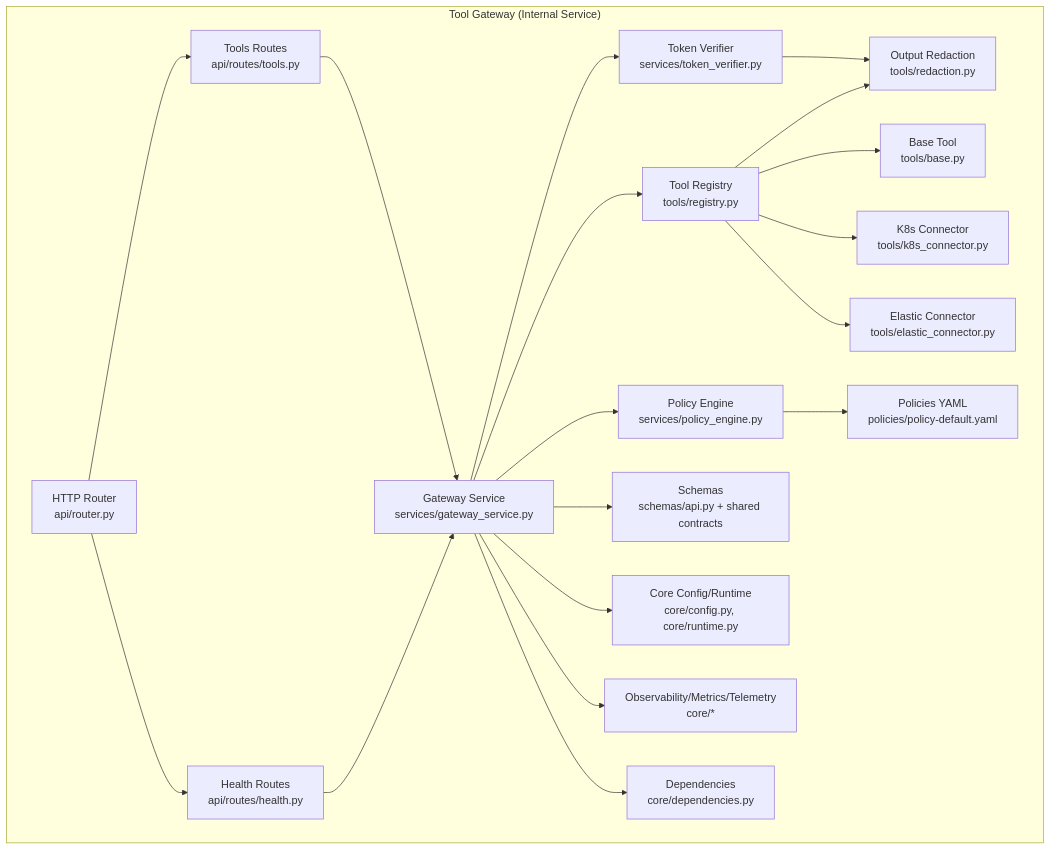
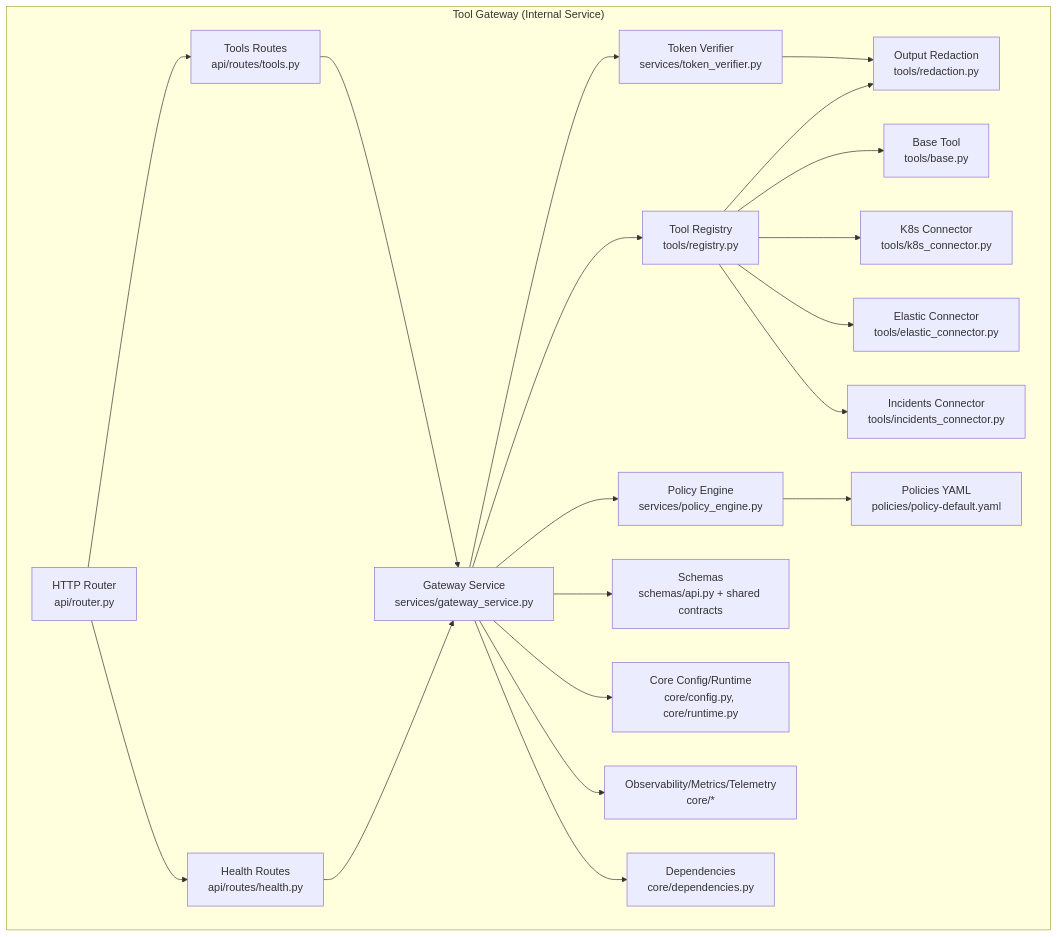
One commit to metasync/luban-aiops changed the first of 12 diagrams in .qoder/repowiki/en/content/Tool Gateway Service/Tool Gateway Service.md. Above: the diagram before and after it, drawn with Mermaid. The commit also changed other lines of this file and 6 other files, not shown here.

````diff
--- a/.qoder/repowiki/en/content/Tool Gateway Service/Tool Gateway Service.md
+++ b/.qoder/repowiki/en/content/Tool Gateway Service/Tool Gateway Service.md
@@ -81,38 +85,40 @@
 ```mermaid
 graph TB
 subgraph "Tool Gateway (Internal Service)"
 A["HTTP Router<br/>api/router.py"]
 B["Tools Routes<br/>api/routes/tools.py"]
 C["Health Routes<br/>api/routes/health.py"]
 D["Gateway Service<br/>services/gateway_service.py"]
 E["Policy Engine<br/>services/policy_engine.py"]
 F["Token Verifier<br/>services/token_verifier.py"]
 G["Tool Registry<br/>tools/registry.py"]
 H["Base Tool<br/>tools/base.py"]
 I["K8s Connector<br/>tools/k8s_connector.py"]
 J["Elastic Connector<br/>tools/elastic_connector.py"]
-K["Output Redaction<br/>tools/redaction.py"]
-L["Policies YAML<br/>policies/policy-default.yaml"]
-M["Schemas<br/>schemas/api.py + shared contracts"]
-N["Core Config/Runtime<br/>core/config.py, core/runtime.py"]
-O["Observability/Metrics/Telemetry<br/>core/*"]
-P["Dependencies<br/>core/dependencies.py"]
+K["Incidents Connector<br/>tools/incidents_connector.py"]
+L["Output Redaction<br/>tools/redaction.py"]
+M["Policies YAML<br/>policies/policy-default.yaml"]
+N["Schemas<br/>schemas/api.py + shared contracts"]
+O["Core Config/Runtime<br/>core/config.py, core/runtime.py"]
+P["Observability/Metrics/Telemetry<br/>core/*"]
+Q["Dependencies<br/>core/dependencies.py"]
 end
 A --> B
 A --> C
 B --> D
 C --> D
 D --> E
 D --> F
 D --> G
-F --> K
+F --> L
 G --> H
 G --> I
 G --> J
 G --> K
-E --> L
-D --> M
+G --> L
+E --> M
 D --> N
 D --> O
 D --> P
+D --> Q
 ```
````
